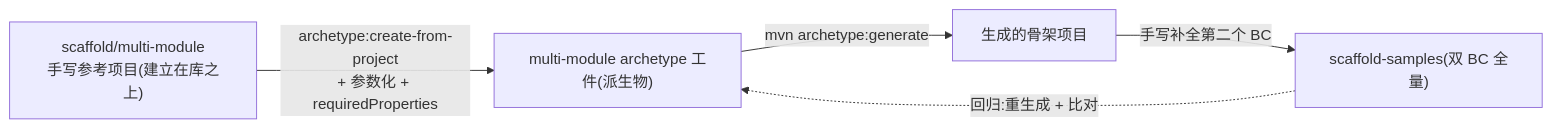
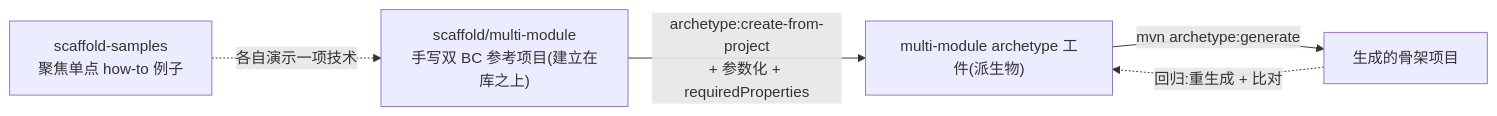
Before and after one commit to ryan-alexander-zhang/ai-native-project-template: the second of 2 diagrams in docs/design/design-00001-aipersimmon-ddd-and-scaffold.md, drawn with Mermaid. The commit also changed other lines of this file and 82 other files, not shown here.

First line of the commit message:
feat(scaffold): double-BC multi-module reference project on aipersimmon-ddd

````diff
--- a/docs/design/design-00001-aipersimmon-ddd-and-scaffold.md
+++ b/docs/design/design-00001-aipersimmon-ddd-and-scaffold.md
@@ -147,8 +150,8 @@
 ```mermaid
 flowchart LR
-  mm["scaffold/multi-module<br/>手写参考项目(建立在库之上)"]
+  mm["scaffold/multi-module<br/>手写双 BC 参考项目(建立在库之上)"]
   mm -->|archetype:create-from-project<br/>+ 参数化 + requiredProperties| arch["multi-module archetype 工件(派生物)"]
   arch -->|mvn archetype:generate| gen["生成的骨架项目"]
-  gen -->|手写补全第二个 BC| samples["scaffold-samples(双 BC 全量)"]
-  samples -.->|回归:重生成 + 比对| arch
+  gen -.->|回归:重生成 + 比对| arch
+  samples["scaffold-samples<br/>聚焦单点 how-to 例子"] -.->|各自演示一项技术| mm
 ```
````
